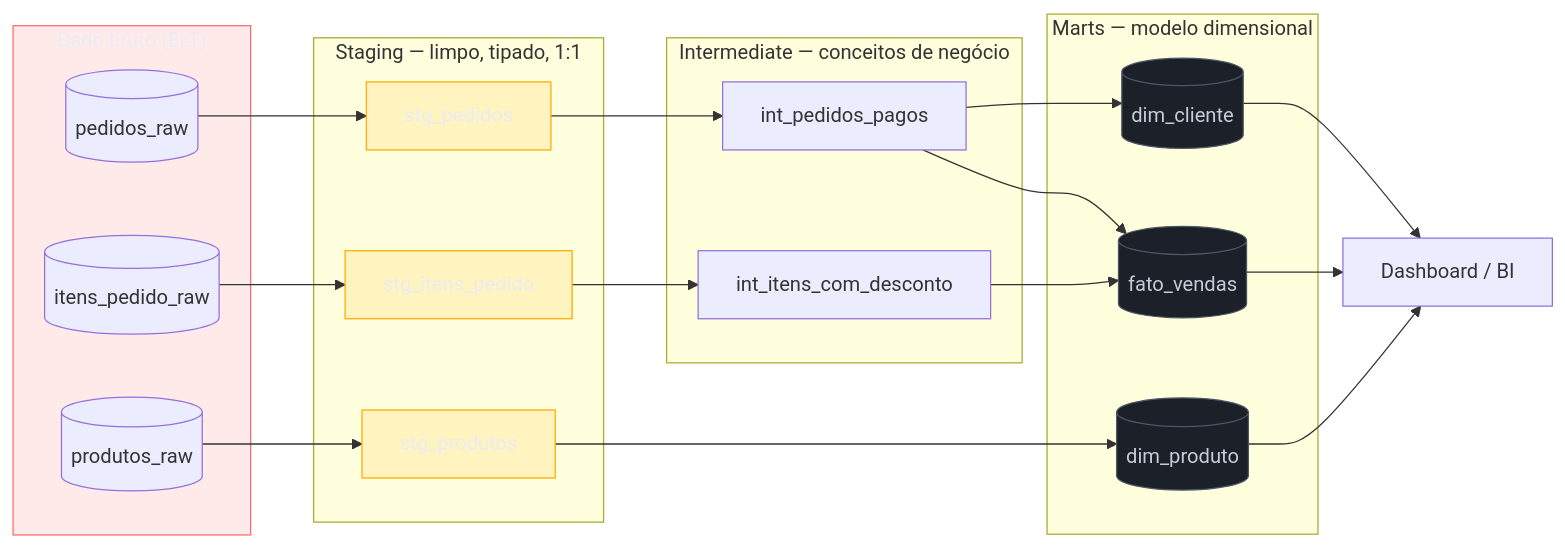
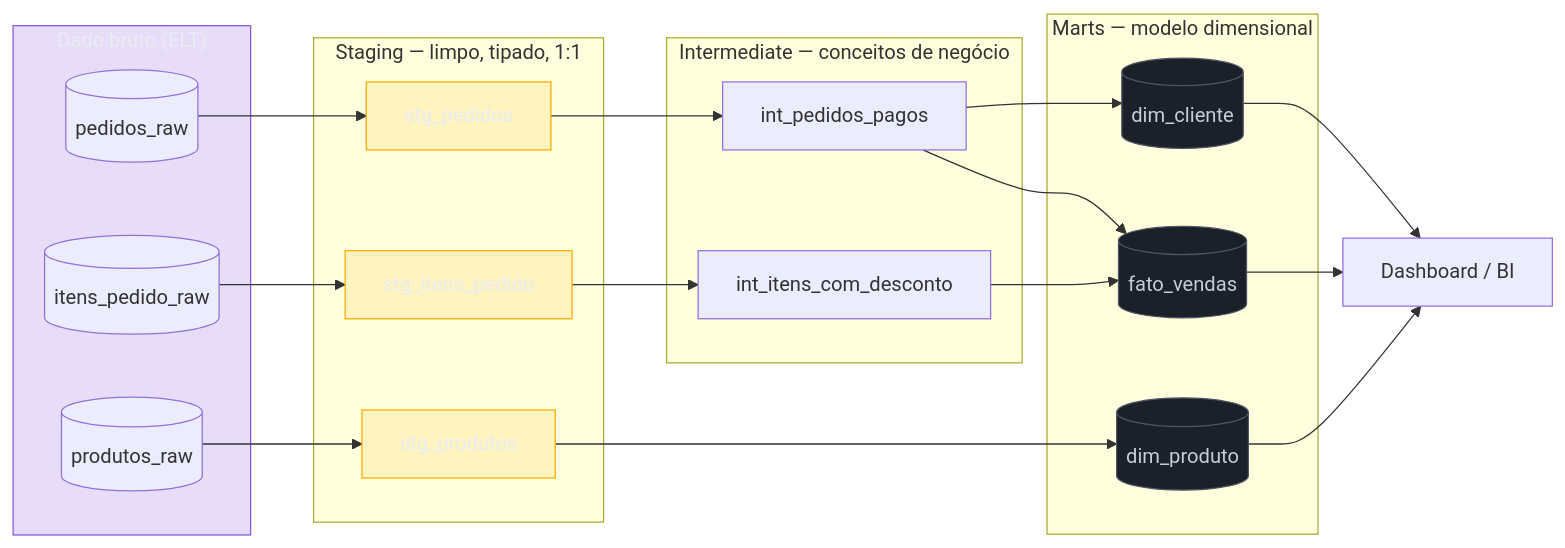
Before and after one commit to josenaldo/codex-technomanticus: the first of 2 diagrams in 03-Dominios/Engenharia/Dados/3 - Pipelines - movimentação e transformação/03 - Transformação SQL-first.md, drawn with Mermaid. The commit also changed 601 other files, not shown here.

````diff
--- a/03-Dominios/Engenharia/Dados/3 - Pipelines - movimentação e transformação/03 - Transformação SQL-first.md
+++ b/03-Dominios/Engenharia/Dados/3 - Pipelines - movimentação e transformação/03 - Transformação SQL-first.md
@@ -90,49 +90,49 @@
 ```mermaid
 graph LR
-    classDef falha fill:#FF6B6B24,stroke:#FF6B6B,color:#E9ECF2
+    classDef marca fill:#8855DF33,stroke:#8855DF,color:#E9ECF2
     classDef destaque fill:#FFAA0024,stroke:#FFAA00,color:#E9ECF2
     classDef neutro fill:#1B2029,stroke:#4E5666,color:#C6CCD8
     subgraph Raw["Dado bruto (ELT)"]
         R1[("pedidos_raw")]
         R2[("itens_pedido_raw")]
         R3[("produtos_raw")]
     end
 
     subgraph Staging["Staging — limpo, tipado, 1:1"]
         S1["stg_pedidos"]
         S2["stg_itens_pedido"]
         S3["stg_produtos"]
     end
 
     subgraph Intermediate["Intermediate — conceitos de negócio"]
         I1["int_pedidos_pagos"]
         I2["int_itens_com_desconto"]
     end
 
     subgraph Marts["Marts — modelo dimensional"]
         M1[("fato_vendas")]
         M2[("dim_produto")]
         M3[("dim_cliente")]
     end
 
     R1 --> S1
     R2 --> S2
     R3 --> S3
     S1 --> I1
     S2 --> I2
     I1 --> M1
     I2 --> M1
     S3 --> M2
     I1 --> M3
     M1 --> BI["Dashboard / BI"]
     M2 --> BI
     M3 --> BI
 
-    class Raw falha
+    class Raw marca
     class S1 destaque
     class S2 destaque
     class S3 destaque
     class M1 neutro
     class M2 neutro
     class M3 neutro
 ```
````
